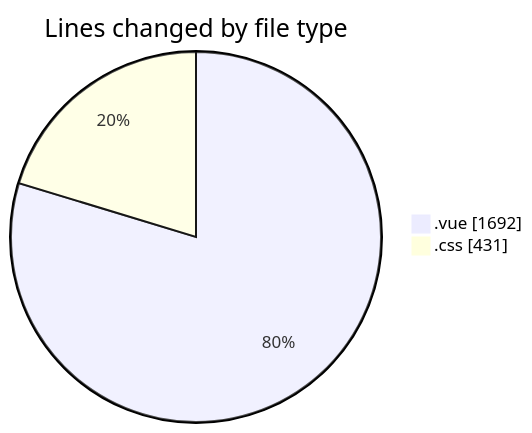
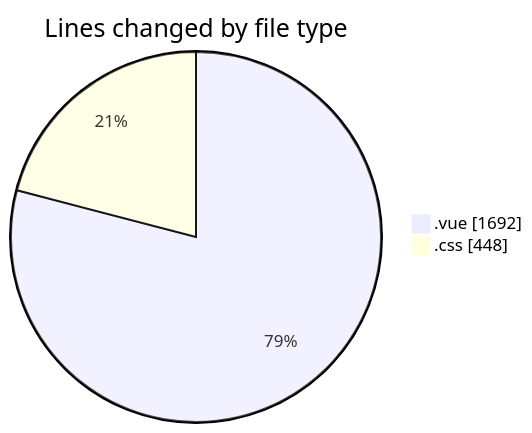
Before and after one commit to lephambinh05/code-tracking: the first of 2 diagrams in 2025-08-10/rentotp/README.md, drawn with Mermaid. The commit also changed other lines of this file and 1 other file, not shown here.

````diff
--- a/2025-08-10/rentotp/README.md
+++ b/2025-08-10/rentotp/README.md
@@ -24,6 +24,6 @@
 ```mermaid
 pie showData
 title Lines changed by file type
 ".vue" : 1692
-".css" : 431
+".css" : 448
 ```
````
